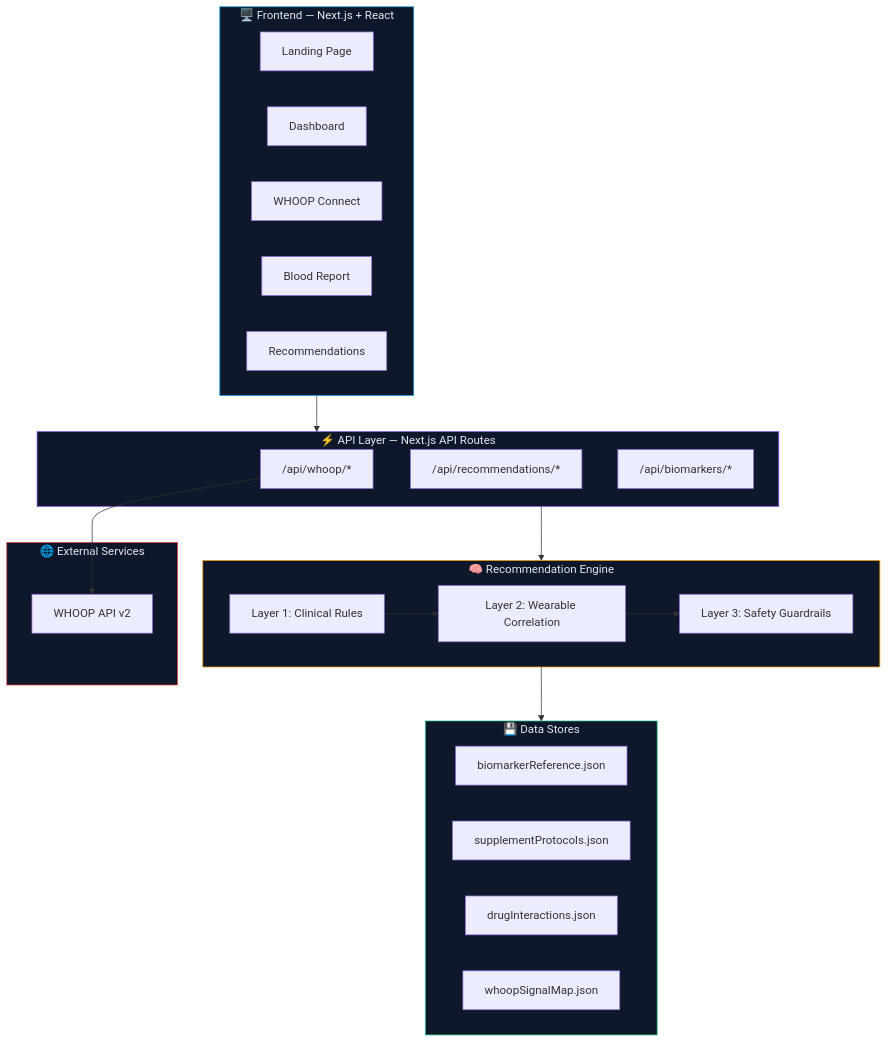
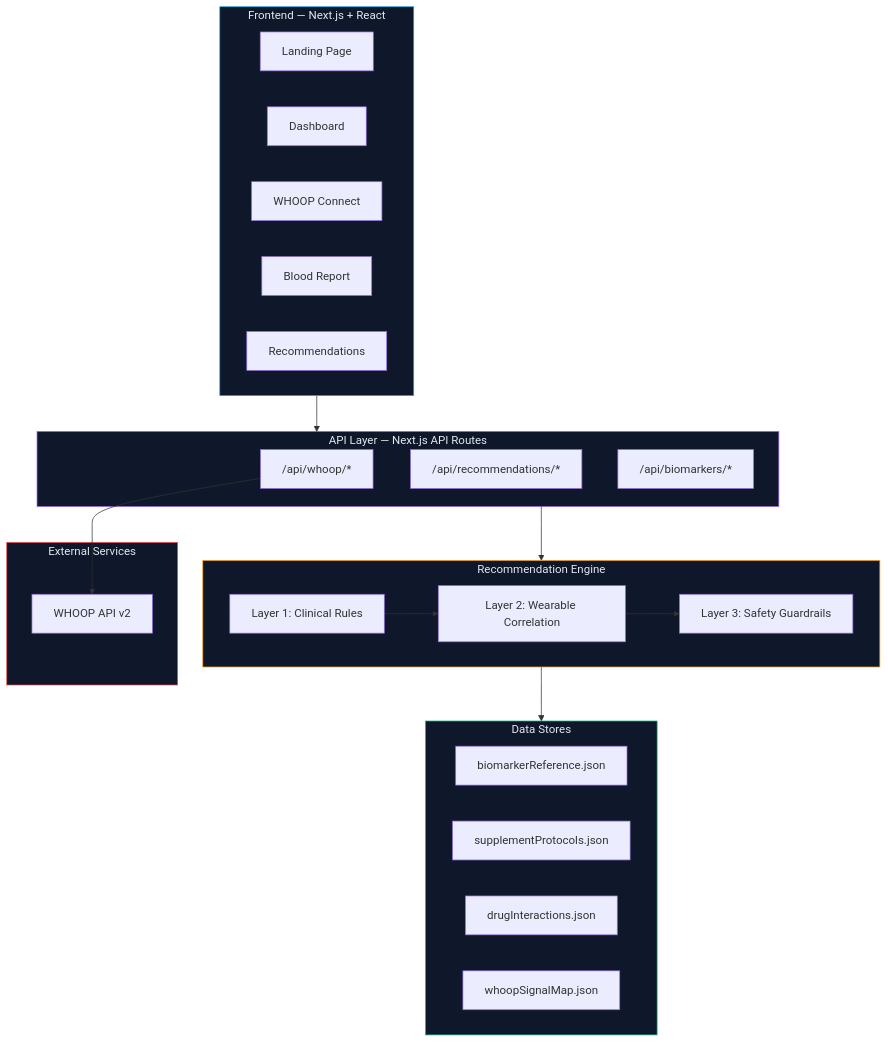
The second of 3 diagrams in README.md (Hitesh3936/AI-HealthCare), drawn with Mermaid before and after one commit. The commit also changed other lines of this file, not shown here.

````diff
--- a/README.md
+++ b/README.md
@@ -117,46 +109,45 @@
 ```mermaid
 graph TB
-    subgraph Client["🖥️ Frontend — Next.js + React"]
+    subgraph Client["Frontend — Next.js + React"]
         LP["Landing Page"]
         DB["Dashboard"]
         CN["WHOOP Connect"]
         BR["Blood Report"]
         RC["Recommendations"]
     end
 
-    subgraph API["⚡ API Layer — Next.js API Routes"]
+    subgraph API["API Layer — Next.js API Routes"]
         WA["/api/whoop/*"]
         RA["/api/recommendations/*"]
         BA["/api/biomarkers/*"]
     end
 
-    subgraph Engine["🧠 Recommendation Engine"]
+    subgraph Engine["Recommendation Engine"]
         L1["Layer 1: Clinical Rules"]
         L2["Layer 2: Wearable Correlation"]
         L3["Layer 3: Safety Guardrails"]
     end
 
-    subgraph Data["💾 Data Stores"]
+    subgraph Data["Data Stores"]
         BM["biomarkerReference.json"]
         SP["supplementProtocols.json"]
         DI["drugInteractions.json"]
         WS["whoopSignalMap.json"]
     end
 
-    subgraph External["🌐 External Services"]
+    subgraph External["External Services"]
         WHOOP["WHOOP API v2"]
     end
 
     Client --> API
     API --> Engine
     Engine --> Data
     WA --> WHOOP
-
     L1 --> L2 --> L3
 
     style Client fill:#0f172a,stroke:#0ea5e9,color:#e2e8f0
     style API fill:#0f172a,stroke:#8b5cf6,color:#e2e8f0
     style Engine fill:#0f172a,stroke:#f59e0b,color:#e2e8f0
     style Data fill:#0f172a,stroke:#10b981,color:#e2e8f0
     style External fill:#0f172a,stroke:#ef4444,color:#e2e8f0
 ```
````
